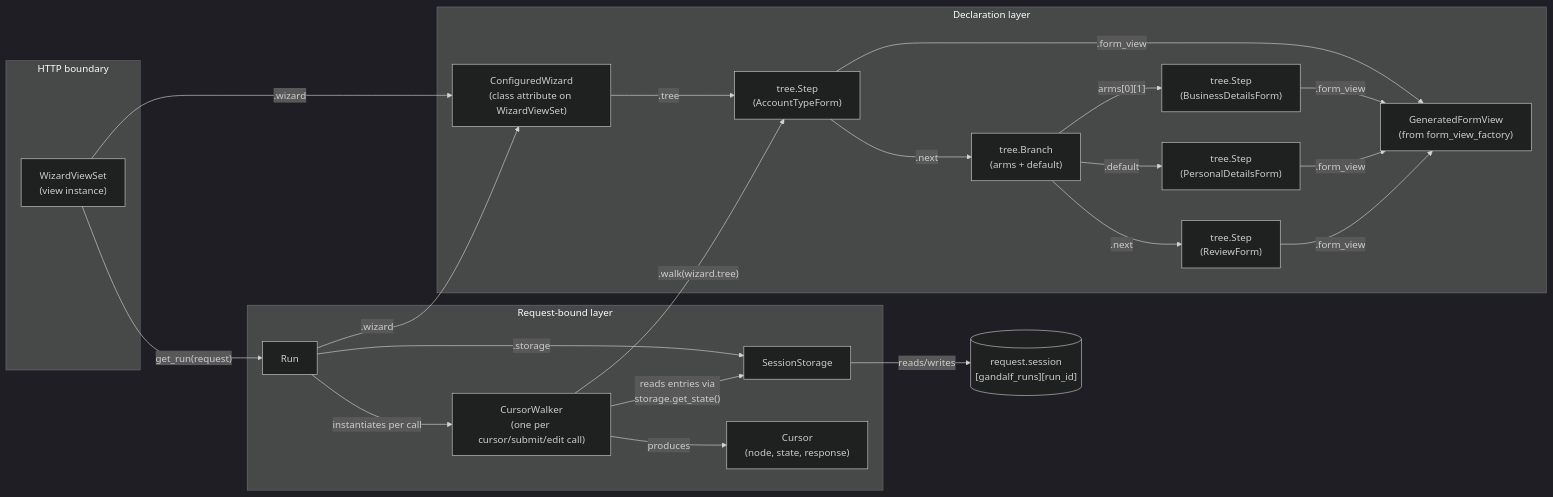
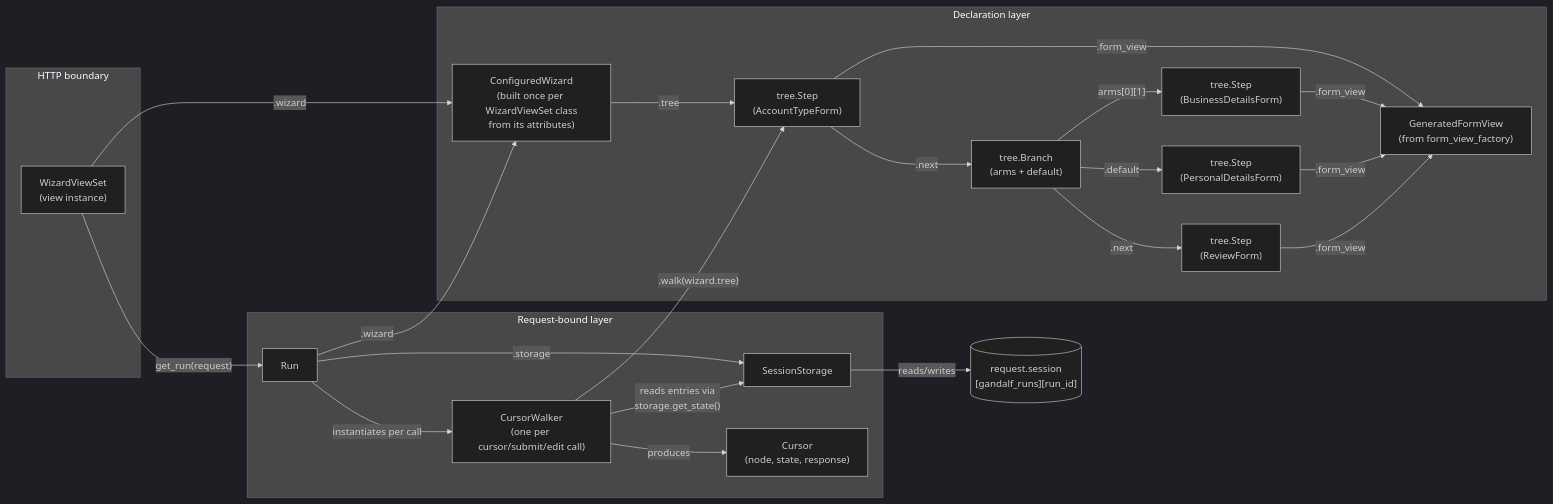
One commit to kevincarrogan/django-gandalf changed the first of 5 diagrams in ARCHITECTURE.md. Above: the diagram before and after it, drawn with Mermaid (dark theme). The commit also changed other lines of this file and 51 other files, not shown here.

````diff
--- a/ARCHITECTURE.md
+++ b/ARCHITECTURE.md
@@ -47,45 +47,45 @@
 ```mermaid
 graph LR
     subgraph HTTP boundary
         WVS["WizardViewSet\n(view instance)"]
     end
 
     subgraph Declaration layer
-        CW["ConfiguredWizard\n(class attribute on WizardViewSet)"]
+        CW["ConfiguredWizard\n(built once per WizardViewSet class\nfrom its attributes)"]
         S1["tree.Step\n(AccountTypeForm)"]
         BR["tree.Branch\n(arms + default)"]
         S2a["tree.Step\n(BusinessDetailsForm)"]
         S2b["tree.Step\n(PersonalDetailsForm)"]
         S3["tree.Step\n(ReviewForm)"]
         FV["GeneratedFormView\n(from form_view_factory)"]
     end
 
     subgraph Request-bound layer
         BW["Run"]
         SS["SessionStorage"]
         CWK["CursorWalker\n(one per cursor/submit/edit call)"]
         CUR["Cursor\n(node, state, response)"]
     end
 
     Session[("request.session\n[gandalf_runs][run_id]")]
 
     WVS -->|".wizard"| CW
     CW -->|".tree"| S1
     S1 -->|".next"| BR
     BR -->|"arms[0][1]"| S2a
     BR -->|".default"| S2b
     BR -->|".next"| S3
     S1 -->|".form_view"| FV
     S2a -->|".form_view"| FV
     S2b -->|".form_view"| FV
     S3 -->|".form_view"| FV
 
     WVS -->|"get_run(request)"| BW
     BW -->|".wizard"| CW
     BW -->|".storage"| SS
     BW -->|"instantiates per call"| CWK
     CWK -->|".walk(wizard.tree)"| S1
     CWK -->|"produces"| CUR
     SS -->|"reads/writes"| Session
     CWK -->|"reads entries via\nstorage.get_state()"| SS
 ```
````
